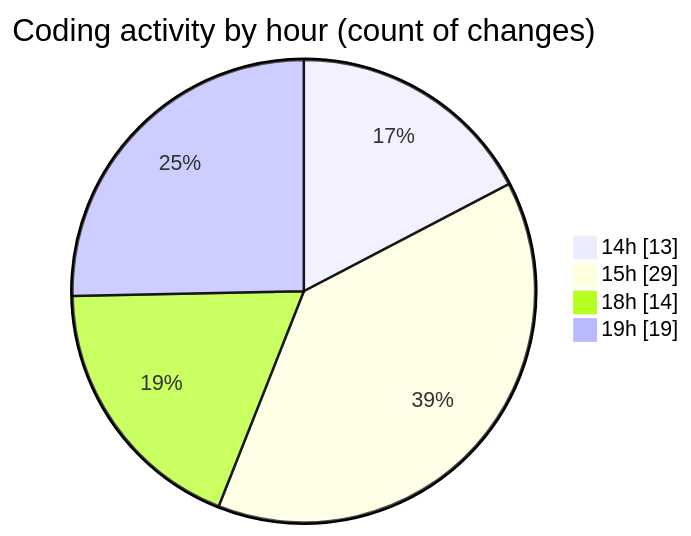
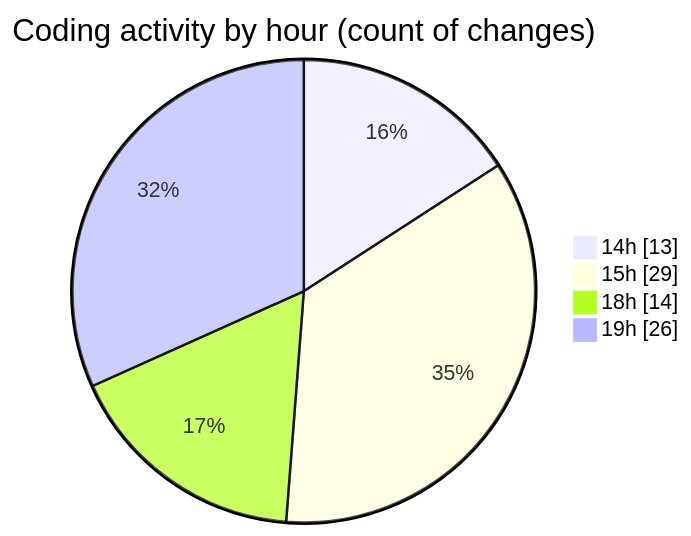
The second of 2 diagrams in 2025-06-23/scopecraft/README.md (Ritupan-Deka/code-tracking), drawn with Mermaid before and after one commit. The commit also changed other lines of this file and 1 other file, not shown here.

````diff
--- a/2025-06-23/scopecraft/README.md
+++ b/2025-06-23/scopecraft/README.md
@@ -49,8 +49,8 @@
 ```mermaid
 pie showData
 title Coding activity by hour (count of changes)
 "14h" : 13
 "15h" : 29
 "18h" : 14
-"19h" : 19
+"19h" : 26
 ```
````
